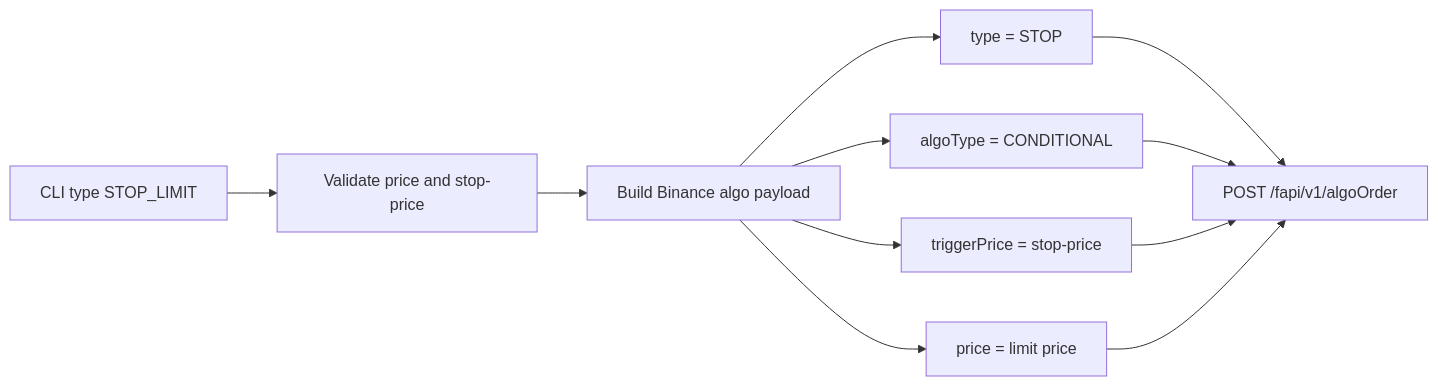
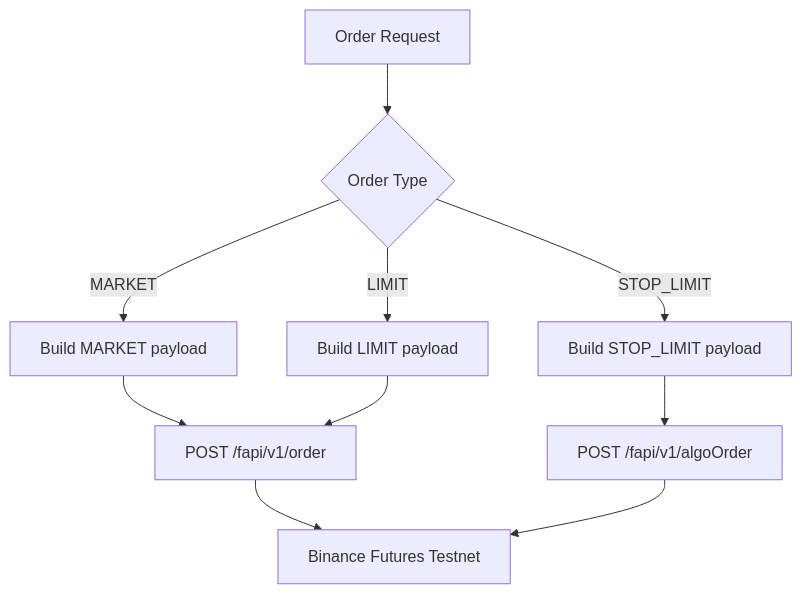
One commit to avnisinghal001/PrimeTrade-ai changed the second of 3 diagrams in README.md. Above: the diagram before and after it, drawn with Mermaid. The commit also changed other lines of this file, not shown here.

````diff
--- a/README.md
+++ b/README.md
@@ -168,13 +310,15 @@
 ```mermaid
-flowchart LR
-    A[CLI type STOP_LIMIT] --> B[Validate price and stop-price]
-    B --> C[Build Binance algo payload]
-    C --> D[type = STOP]
-    C --> E[algoType = CONDITIONAL]
-    C --> F[triggerPrice = stop-price]
-    C --> G[price = limit price]
-    D --> H[POST /fapi/v1/algoOrder]
-    E --> H
-    F --> H
-    G --> H
+flowchart TD
+    A[Order Request] --> B{Order Type}
+
+    B -- MARKET --> C[Build MARKET payload]
+    B -- LIMIT --> D[Build LIMIT payload]
+    B -- STOP_LIMIT --> E[Build STOP_LIMIT payload]
+
+    C --> F[POST /fapi/v1/order]
+    D --> F[POST /fapi/v1/order]
+    E --> G[POST /fapi/v1/algoOrder]
+
+    F --> H[Binance Futures Testnet]
+    G --> H[Binance Futures Testnet]
 ```
````
